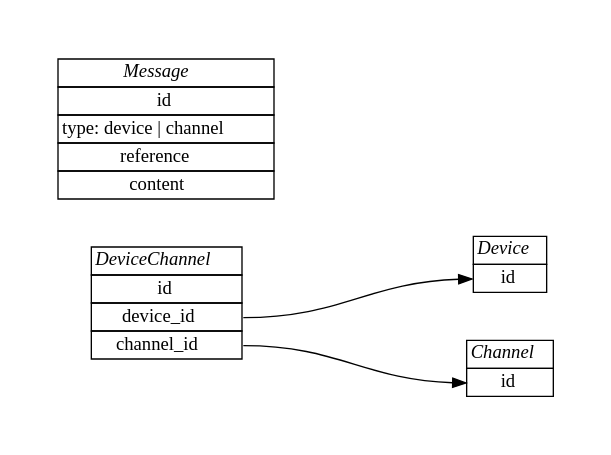
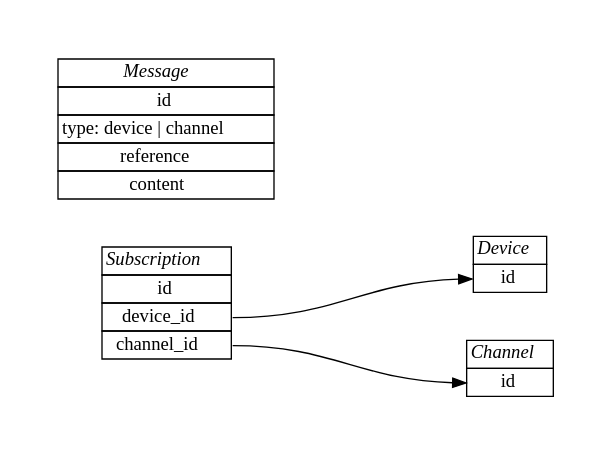
The diagram in docs/architecture/domain.rst (knowark/instark), drawn with Graphviz before and after one commit. The commit also changed 11 other files, not shown here.

Commit message:
Rename DeviceChannel to Subscription

```diff
--- a/docs/architecture/domain.rst
+++ b/docs/architecture/domain.rst
@@ -9,40 +9,40 @@
 .. graphviz::
 
    digraph {
     graph [pad="0.5", nodesep="0.5", ranksep="2"];
     node [shape=plain]
     rankdir=LR;
 
     Device [label=<
     <table border="0" cellborder="1" cellspacing="0">
     <tr><td><i>Device</i></td></tr>
     <tr><td port="id">id</td></tr>
     </table>>];
 
     Channel [label=<
     <table border="0" cellborder="1" cellspacing="0">
     <tr><td><i>Channel</i></td></tr>
     <tr><td port="id">id</td></tr>
     </table>>];
 
-    DeviceChannel [label=<
+    Subscription [label=<
     <table border="0" cellborder="1" cellspacing="0">
-    <tr><td><i>DeviceChannel</i></td></tr>
+    <tr><td><i>Subscription</i></td></tr>
     <tr><td port="id">id</td></tr>
     <tr><td port="device_id">device_id</td></tr>
     <tr><td port="channel_id">channel_id</td></tr>
     </table>>];
 
     Message [label=<
     <table border="0" cellborder="1" cellspacing="0">
     <tr><td><i>Message</i></td></tr>
     <tr><td port="id">id</td></tr>
     <tr><td port="type">type: device | channel</td></tr>
     <tr><td port="reference">reference</td></tr>
     <tr><td port="content">content</td></tr>
     </table>>];
 
-    DeviceChannel:device_id -> Device:id;
-    DeviceChannel:channel_id -> Channel:id;
+    Subscription:device_id -> Device:id;
+    Subscription:channel_id -> Channel:id;
 
     }
```
